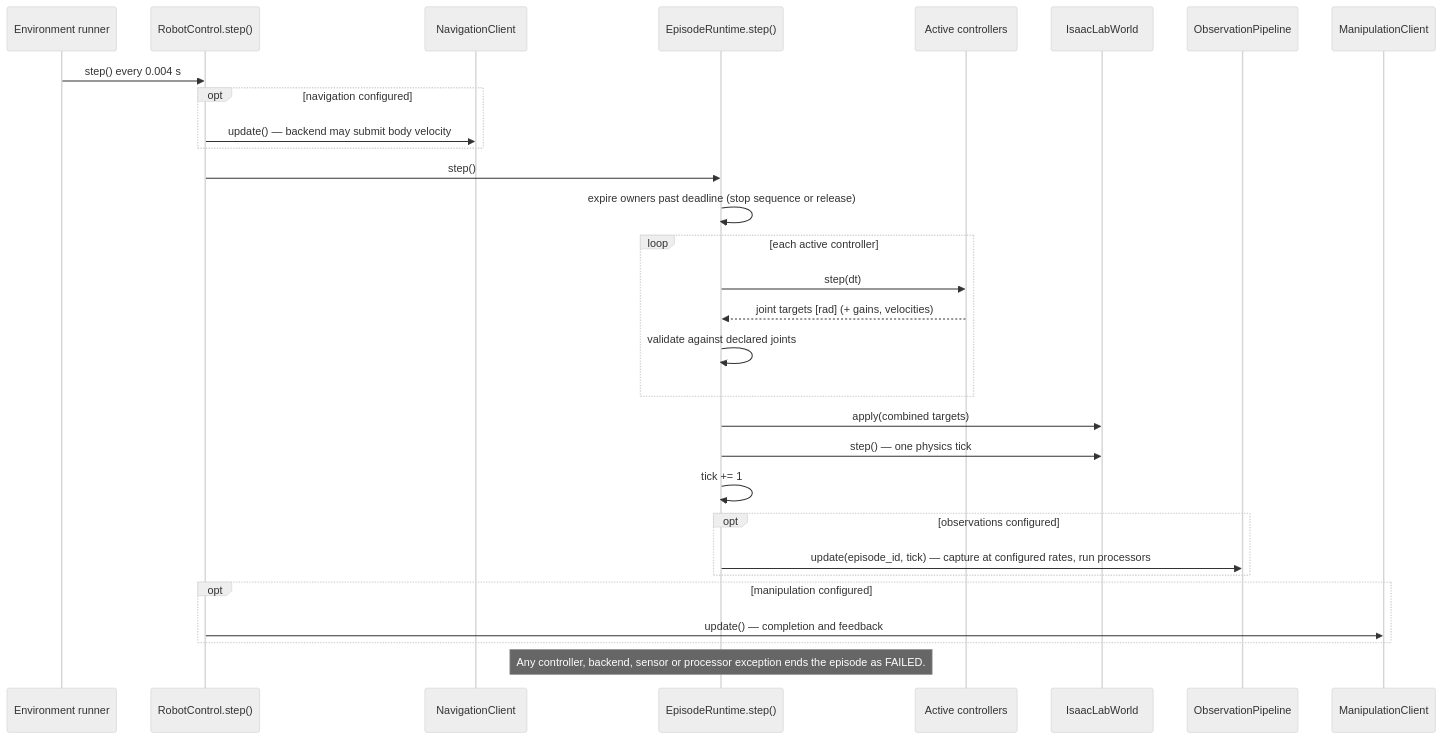
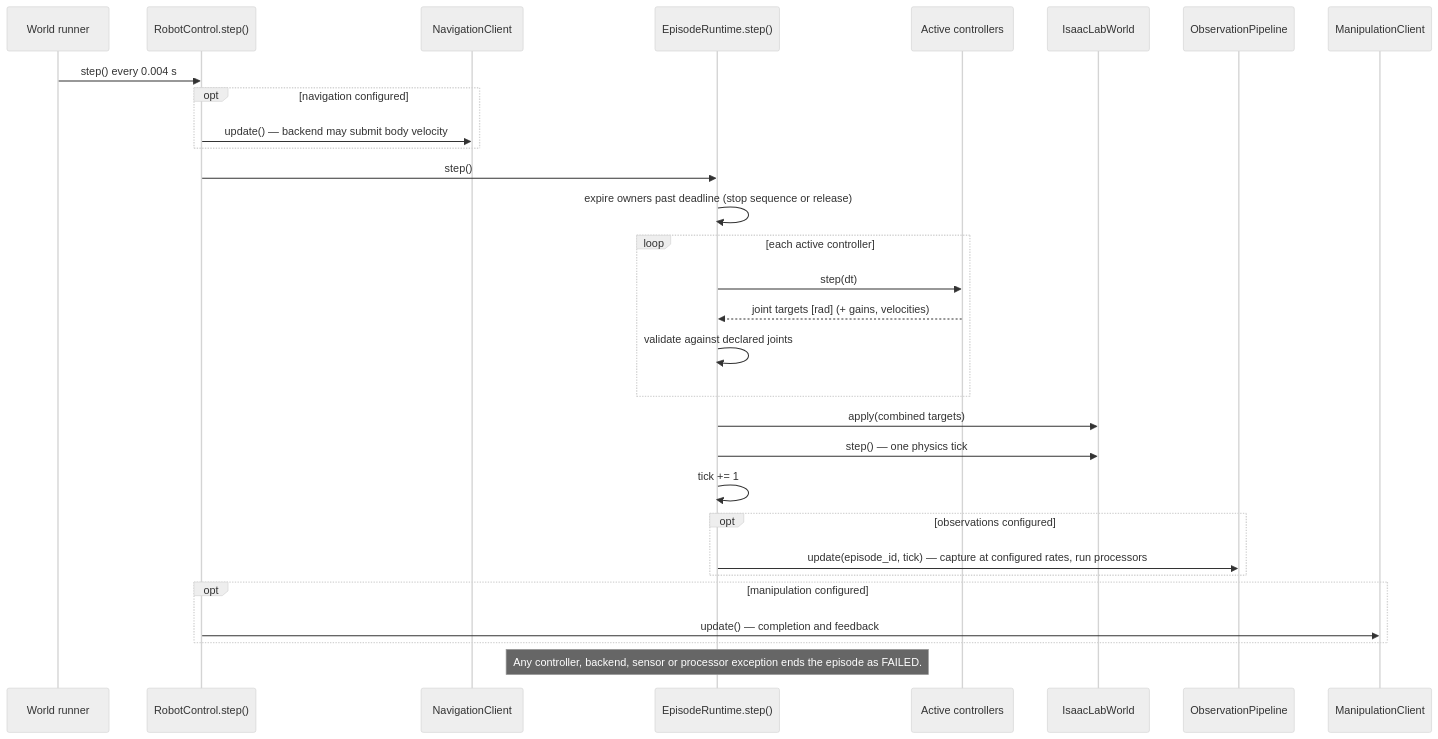
Before and after one commit to m-and-m-lab/PhyGS: the second of 4 diagrams in ARCHITECTURE.md, drawn with Mermaid (neutral theme). The commit also changed other lines of this file and 183 other files, not shown here.

````diff
--- a/ARCHITECTURE.md
+++ b/ARCHITECTURE.md
@@ -136,33 +139,33 @@
 ```mermaid
 sequenceDiagram
-    participant R as Environment runner
+    participant R as World runner
     participant S as RobotControl.step()
     participant N as NavigationClient
     participant E as EpisodeRuntime.step()
     participant C as Active controllers
     participant W as IsaacLabWorld
     participant P as ObservationPipeline
     participant M as ManipulationClient
 
     R->>S: step() every 0.004 s
     opt navigation configured
         S->>N: update() — backend may submit body velocity
     end
     S->>E: step()
     E->>E: expire owners past deadline (stop sequence or release)
     loop each active controller
         E->>C: step(dt)
         C-->>E: joint targets [rad] (+ gains, velocities)
         E->>E: validate against declared joints
     end
     E->>W: apply(combined targets)
     E->>W: step() — one physics tick
     E->>E: tick += 1
     opt observations configured
         E->>P: update(episode_id, tick) — capture at configured rates, run processors
     end
     opt manipulation configured
         S->>M: update() — completion and feedback
     end
     Note over E: Any controller, backend, sensor or processor exception ends the episode as FAILED.
 ```
````
